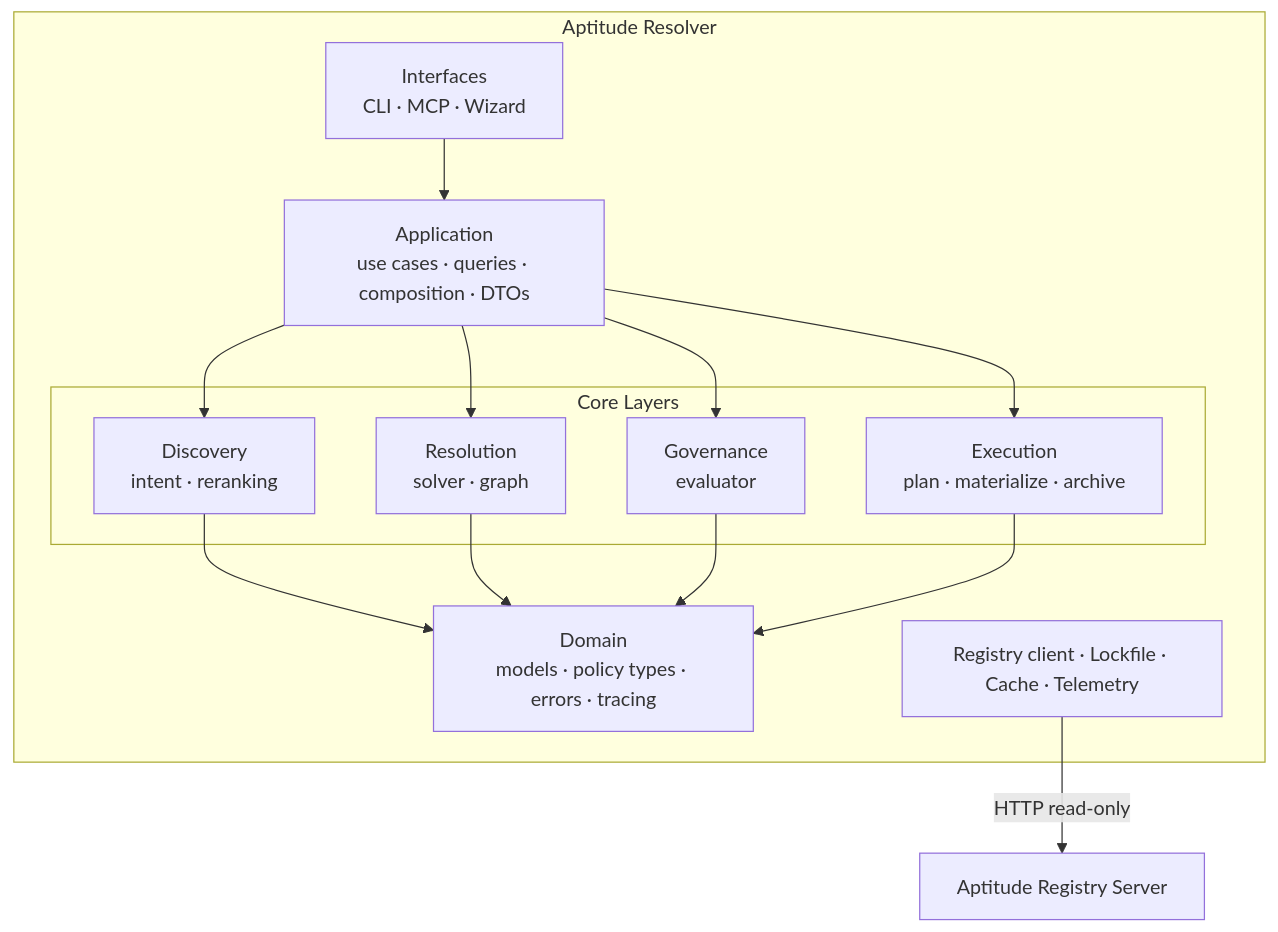
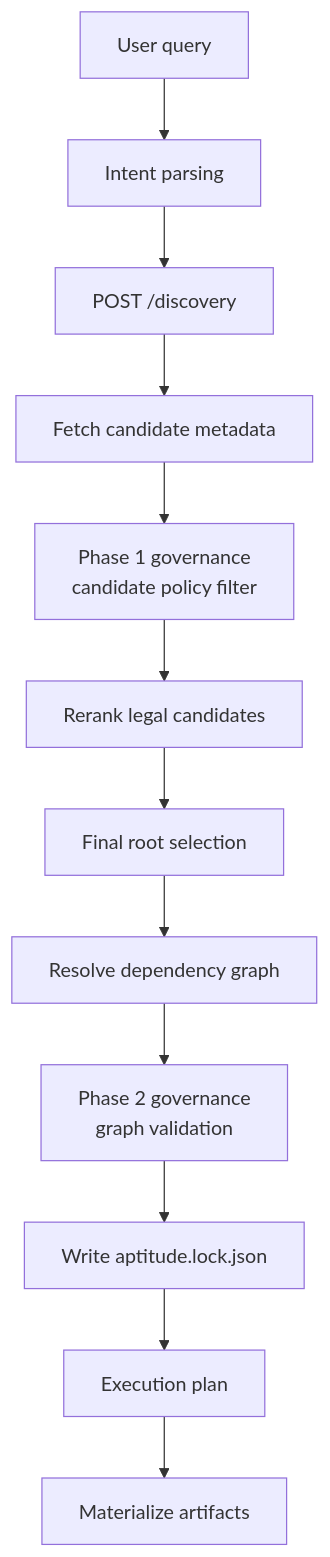
Before and after one commit to aptitude-stack/docs: the first of 2 diagrams in resolver/architecture.md, drawn with Mermaid. The commit also changed other lines of this file and 11 other files, not shown here.

````diff
--- a/resolver/architecture.md
+++ b/resolver/architecture.md
@@ -9,27 +35,14 @@
 ```mermaid
-graph TD
-    subgraph Resolver["Aptitude Resolver"]
-        Interfaces["Interfaces\nCLI · MCP · Wizard"]
-        Application["Application\nuse cases · queries · composition · DTOs"]
-        subgraph Core["Core Layers"]
-            Discovery["Discovery\nintent · reranking"]
-            Resolution["Resolution\nsolver · graph"]
-            Governance["Governance\nevaluator"]
-            Execution["Execution\nplan · materialize · archive"]
-        end
-        Domain["Domain\nmodels · policy types · errors · tracing"]
-        Infra["Registry client · Lockfile · Cache · Telemetry"]
-    end
-    Registry["Aptitude Registry Server"]
-
-    Interfaces --> Application
-    Application --> Discovery
-    Application --> Resolution
-    Application --> Governance
-    Application --> Execution
-    Discovery --> Domain
-    Resolution --> Domain
-    Governance --> Domain
-    Execution --> Domain
-    Infra -->|HTTP read-only| Registry
+flowchart TD
+    Q["User query"] --> Intent["Intent parsing"]
+    Intent --> Disc["POST /discovery"]
+    Disc --> Meta["Fetch candidate metadata"]
+    Meta --> P1["Phase 1 governance\ncandidate policy filter"]
+    P1 --> Rank["Rerank legal candidates"]
+    Rank --> Select["Final root selection"]
+    Select --> Solve["Resolve dependency graph"]
+    Solve --> P2["Phase 2 governance\ngraph validation"]
+    P2 --> Lock["Write aptitude.lock.json"]
+    Lock --> Plan["Execution plan"]
+    Plan --> Mat["Materialize artifacts"]
 ```
````
